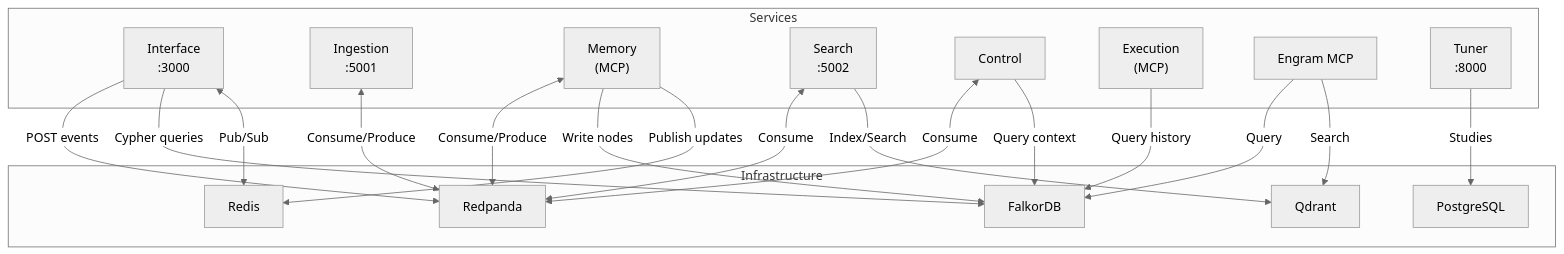
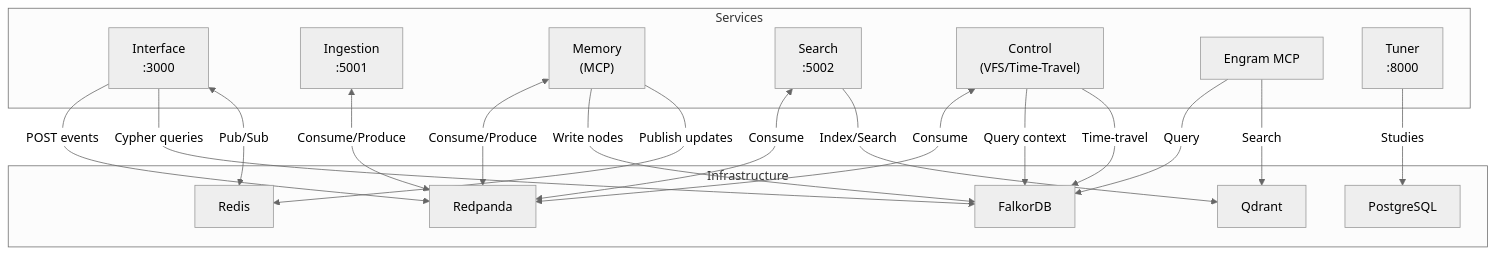
The ninth of 12 diagrams in ARCHITECTURE.md (rawcontext/engram), drawn with Mermaid (neutral theme) before and after one commit. The commit also changed other lines of this file and 13 other files, not shown here.

````diff
--- a/ARCHITECTURE.md
+++ b/ARCHITECTURE.md
@@ -620,44 +618,42 @@
 ```mermaid
 flowchart TB
     subgraph Services["Services"]
         Interface["Interface<br/>:3000"]
         Ingestion["Ingestion<br/>:5001"]
         Memory["Memory<br/>(MCP)"]
         Search["Search<br/>:5002"]
-        Control["Control"]
-        Execution["Execution<br/>(MCP)"]
+        Control["Control<br/>(VFS/Time-Travel)"]
         EngramMCP["Engram MCP"]
         Tuner["Tuner<br/>:8000"]
     end
 
     subgraph Infra["Infrastructure"]
         Kafka["Redpanda"]
         Graph["FalkorDB"]
         Vector["Qdrant"]
         PubSub["Redis"]
         Postgres["PostgreSQL"]
     end
 
     Interface -->|"POST events"| Kafka
     Interface -->|"Cypher queries"| Graph
     Interface <-->|"Pub/Sub"| PubSub
 
     Ingestion <-->|"Consume/Produce"| Kafka
 
     Memory <-->|"Consume/Produce"| Kafka
     Memory -->|"Write nodes"| Graph
     Memory -->|"Publish updates"| PubSub
 
     Search <-->|"Consume"| Kafka
     Search -->|"Index/Search"| Vector
 
     Control <-->|"Consume"| Kafka
     Control -->|"Query context"| Graph
-
-    Execution -->|"Query history"| Graph
+    Control -->|"Time-travel"| Graph
 
     EngramMCP -->|"Query"| Graph
     EngramMCP -->|"Search"| Vector
 
     Tuner -->|"Studies"| Postgres
 ```
````
